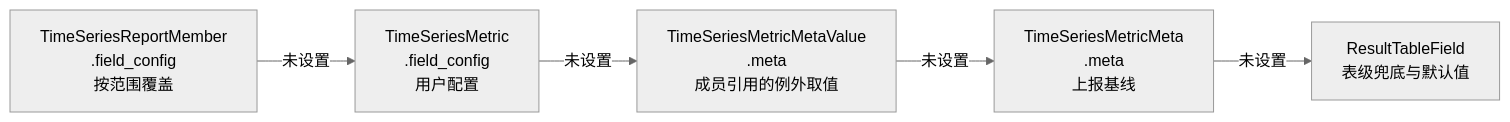
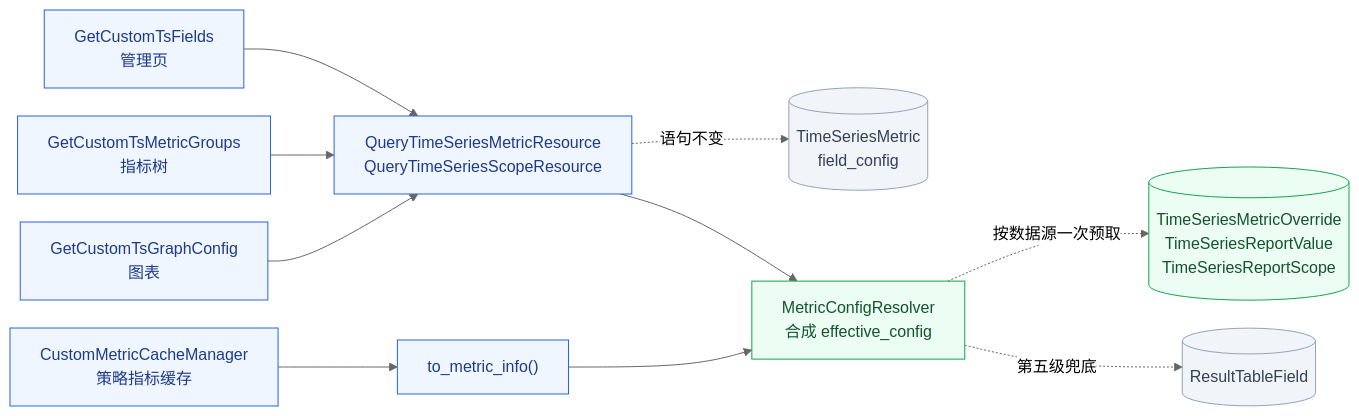
One commit to ZhuoZhuoCrayon/ai-workspace changed diagram 12 of 28 in knowledge/bkmonitor/issues/2026-09-15-custom-metric-metadata/PLAN.md. Above: the diagram before and after it, drawn with Mermaid (neutral theme). The commit also changed other lines of this file and 12 other files, not shown here.

Commit message:
docs(issue): switch custom metric metadata to value dedup plan with final retest

````diff
--- a/knowledge/bkmonitor/issues/2026-09-15-custom-metric-metadata/PLAN.md
+++ b/knowledge/bkmonitor/issues/2026-09-15-custom-metric-metadata/PLAN.md
@@ -620,7 +938,20 @@
 ```mermaid
+%%{init: {"flowchart": {"nodeSpacing": 28, "rankSpacing": 56, "wrappingWidth": 400}}}%%
 flowchart LR
-    MemberConfig["TimeSeriesReportMember<br/>.field_config<br/>按范围覆盖"] -->|"未设置"| MetricConfig["TimeSeriesMetric<br/>.field_config<br/>用户配置"]
-    MetricConfig -->|"未设置"| MemberMeta["TimeSeriesMetricMetaValue<br/>.meta<br/>成员引用的例外取值"]
-    MemberMeta -->|"未设置"| DefinitionMeta["TimeSeriesMetricMeta<br/>.meta<br/>上报基线"]
-    DefinitionMeta -->|"未设置"| FieldFallback["ResultTableField<br/>表级兜底与默认值"]
+    Fields["GetCustomTsFields<br/>管理页"] --> Query
+    Tree["GetCustomTsMetricGroups<br/>指标树"] --> Query
+    Graph["GetCustomTsGraphConfig<br/>图表"] --> Query
+    Cache["CustomMetricCacheManager<br/>策略指标缓存"] --> Info["to_metric_info()"]
+    Query["QueryTimeSeriesMetricResource<br/>QueryTimeSeriesScopeResource"] -.->|"语句不变"| TSM[("TimeSeriesMetric<br/>field_config")]
+    Query --> Resolver["MetricConfigResolver<br/>合成 effective_config"]
+    Info --> Resolver
+    Resolver -.->|"按数据源一次预取"| New[("TimeSeriesMetricOverride<br/>TimeSeriesReportValue<br/>TimeSeriesReportScope")]
+    Resolver -.->|"第五级兜底"| RTF[("ResultTableField")]
+
+    classDef old fill:#f1f5f9,stroke:#94a3b8,color:#334155
+    classDef add fill:#ecfdf3,stroke:#16a34a,color:#14532d
+    classDef change fill:#eff6ff,stroke:#2563eb,color:#1e3a8a
+    class TSM,RTF old
+    class Fields,Tree,Graph,Cache,Query,Info change
+    class Resolver,New add
 ```
````
